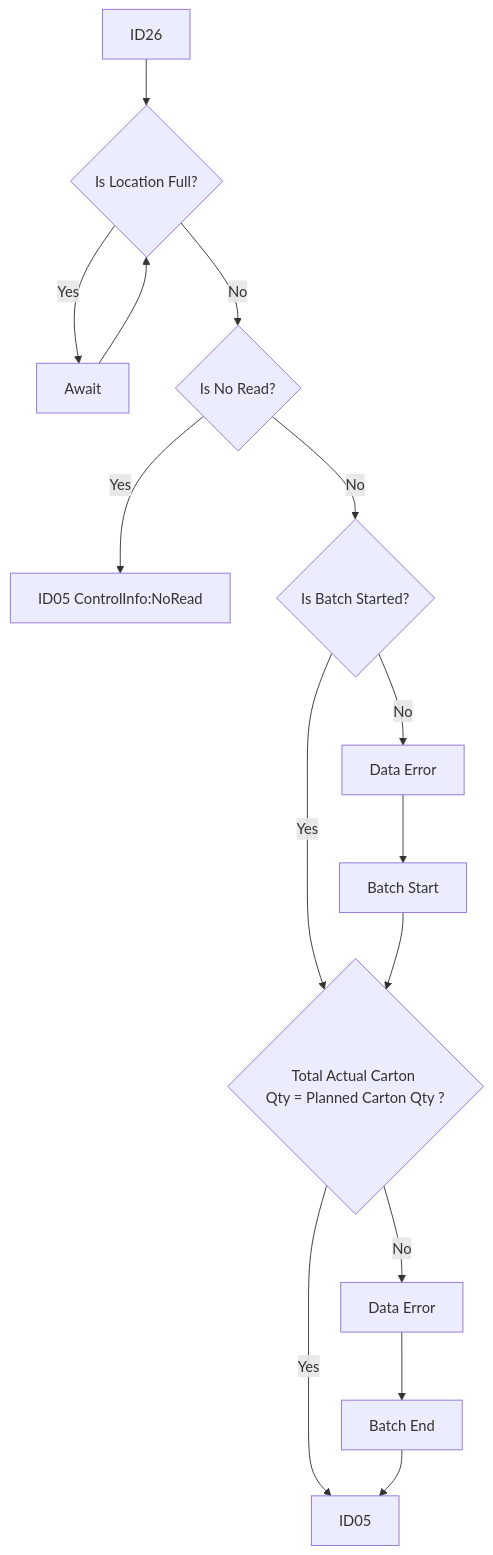
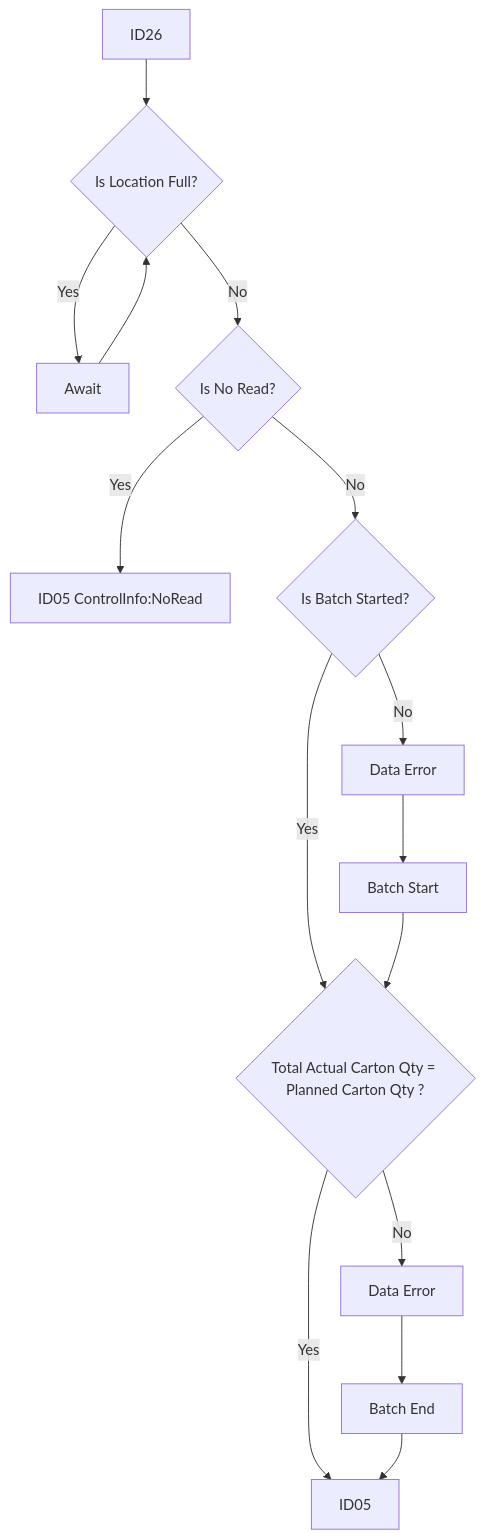
One commit to luthfiadityaa/SimeDarby-Wiki changed the second of 3 diagrams in Basic-Design/DFD-WMS/Storage/Palletizing-Settting/Batch-End.md. Above: the diagram before and after it, drawn with Mermaid.

Commit message:
Updated Batch End

```diff
--- a/Basic-Design/DFD-WMS/Storage/Palletizing-Settting/Batch-End.md
+++ b/Basic-Design/DFD-WMS/Storage/Palletizing-Settting/Batch-End.md
@@ -77,13 +77,14 @@
 ::: mermaid
 flowchart TD  
 ArrivalAt1101[ID26] --> Cond1{Is Location Full?}  
 Cond1 -->|Yes| Await[Await] --> Cond1  
 Cond1 -->|No| Cond2{Is No Read?}  
 Cond2 -->|Yes| Move1[ID05 ControlInfo:NoRead]  
 Cond2 -->|No| Cond3{Is Batch Started?}  
-Cond3 -->|Yes| Cond4{Total Actual Carton Qty = Planned Carton Qty ?}  
+Cond3 -->|Yes| Cond4{Total Actual Carton Qty = 
+Planned Carton Qty ?}  
 Cond3 -->|No| DataError1[Data Error]  
 DataError1[Data Error] --> BatchStart[Batch Start] --> Cond4  
 Cond4 -->|Yes| Move2[ID05]  
 Cond4 -->|No| DataError2[Data Error] --> BatchEnd[Batch End] --> Move2[ID05]
 :::
```
